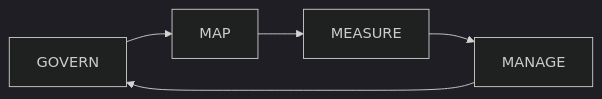
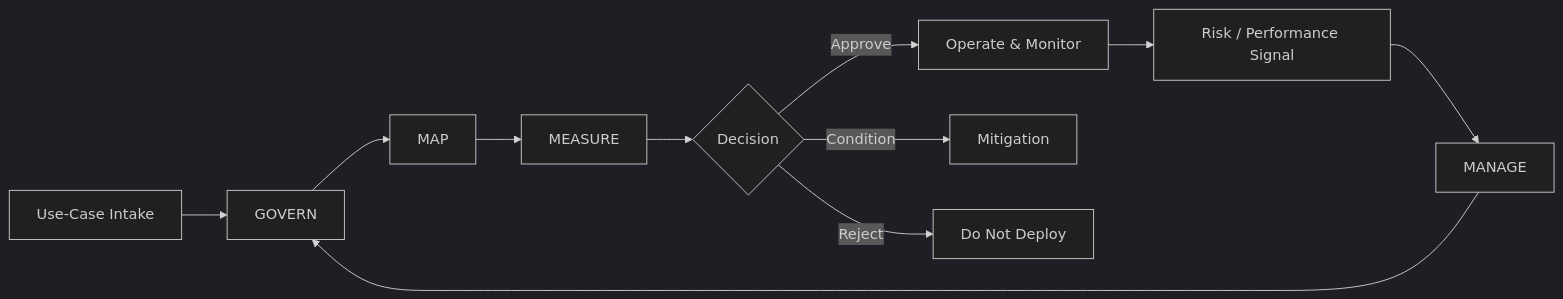
One commit to Faith144-72894/Faith-Paulding-Portfolio changed the diagram in NIST-AI-RMF-Governance/README.md. Above: the diagram before and after it, drawn with Mermaid (dark theme). The commit also changed other lines of this file, not shown here.

Commit message:
Rebuild AI governance as continuous monitoring case study

````diff
--- a/NIST-AI-RMF-Governance/README.md
+++ b/NIST-AI-RMF-Governance/README.md
@@ -15,7 +20,13 @@
 ```mermaid
 flowchart LR
-    G[GOVERN] --> M[MAP]
-    M --> ME[MEASURE]
-    ME --> MA[MANAGE]
-    MA --> G
+ IN[Use-Case Intake] --> G[GOVERN]
+ G --> M[MAP]
+ M --> ME[MEASURE]
+ ME --> D{Decision}
+ D -->|Approve| OP[Operate & Monitor]
+ D -->|Condition| FIX[Mitigation]
+ D -->|Reject| STOP[Do Not Deploy]
+ OP --> SIG[Risk / Performance Signal]
+ SIG --> MA[MANAGE]
+ MA --> G
 ```
````
